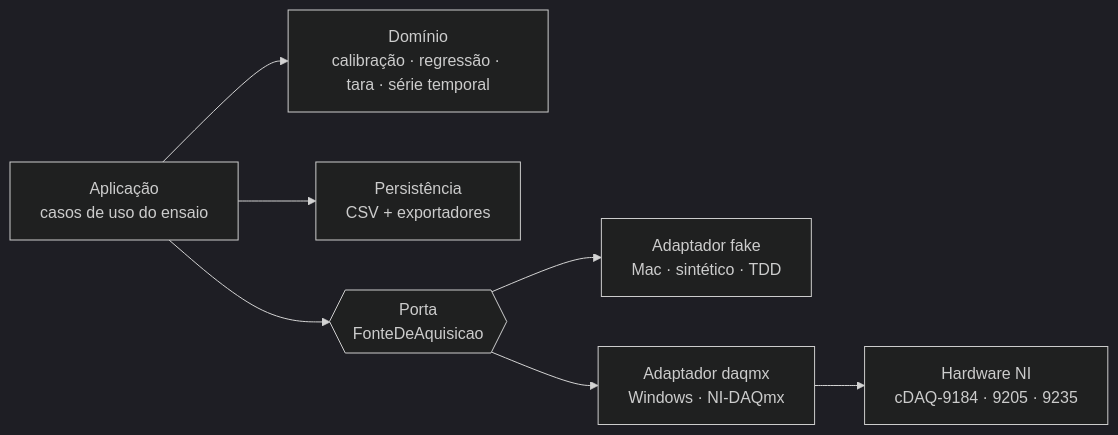
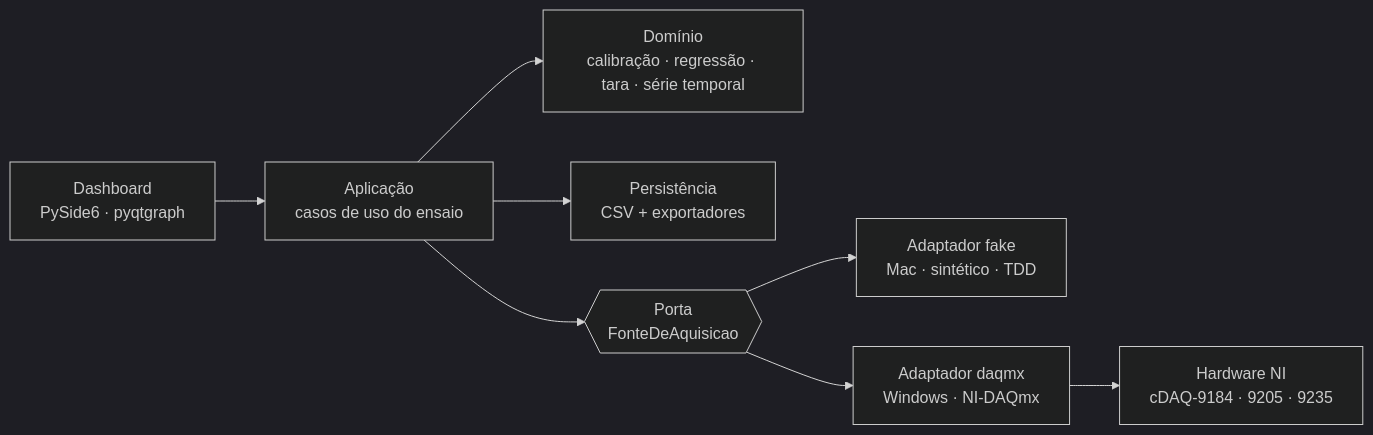
One commit to Carti011/ensaios-ni changed the diagram in README.md. Above: the diagram before and after it, drawn with Mermaid (dark theme). The commit also changed other lines of this file and 4 other files, not shown here.

````diff
--- a/README.md
+++ b/README.md
@@ -33,16 +44,18 @@
 ```mermaid
 flowchart LR
+    UI["Dashboard<br/>PySide6 · pyqtgraph"]
     APP["Aplicação<br/>casos de uso do ensaio"]
     DOM["Domínio<br/>calibração · regressão · tara · série temporal"]
     PER["Persistência<br/>CSV + exportadores"]
     PORTA{{"Porta<br/>FonteDeAquisicao"}}
     FAKE["Adaptador fake<br/>Mac · sintético · TDD"]
     DAQMX["Adaptador daqmx<br/>Windows · NI-DAQmx"]
     HW["Hardware NI<br/>cDAQ-9184 · 9205 · 9235"]
 
+    UI --> APP
     APP --> DOM
     APP --> PER
     APP --> PORTA
     PORTA --> FAKE
     PORTA --> DAQMX --> HW
 ```
````
